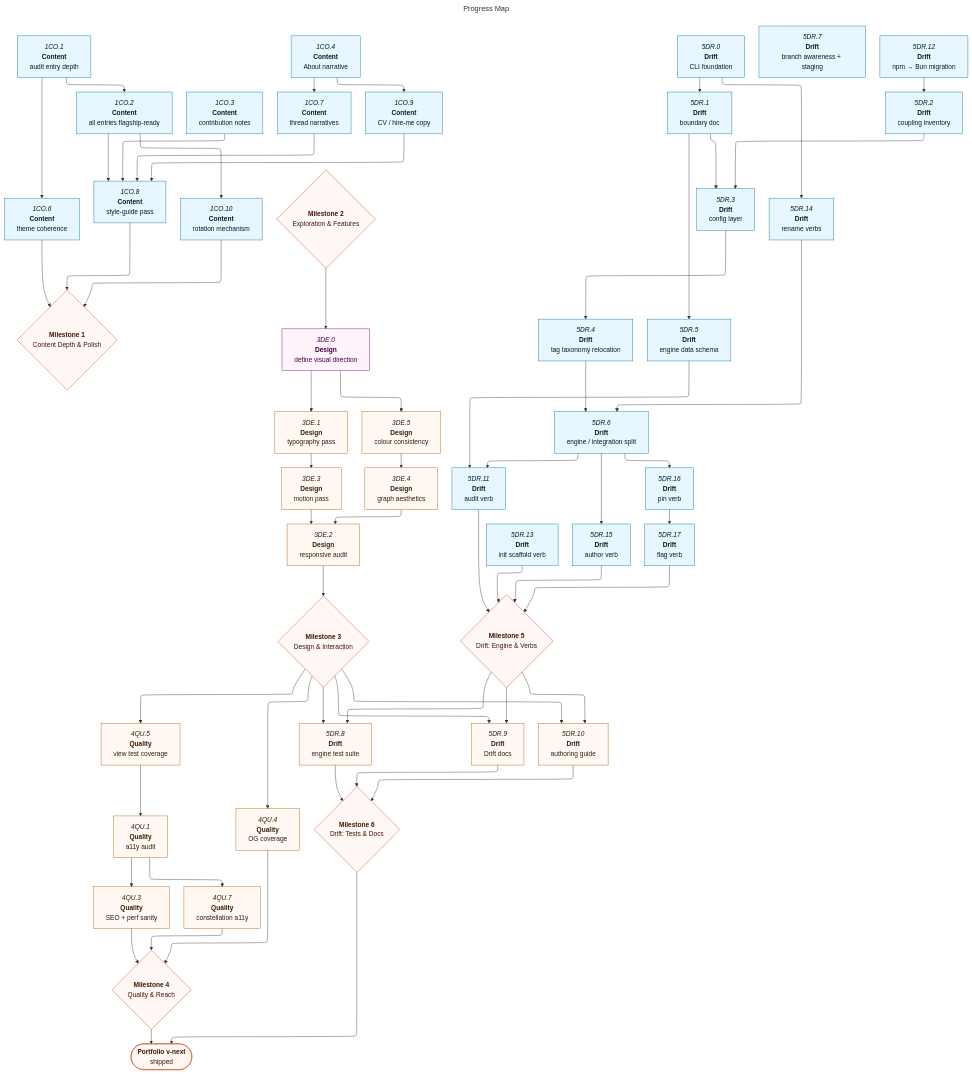
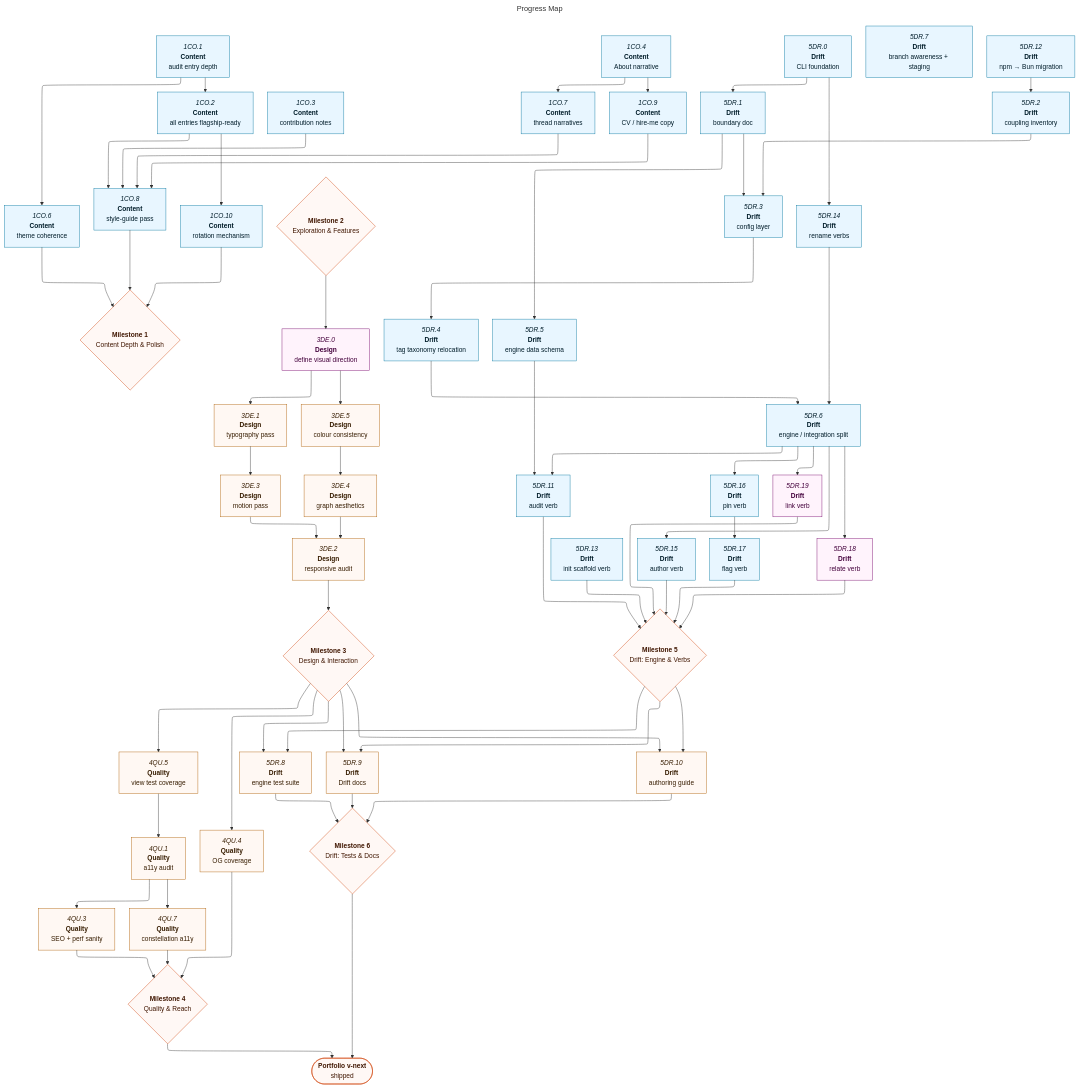
Before and after one commit to JasonWarrenUK/jason-warren: the diagram in docs/roadmaps/mvp.md, drawn with Mermaid. The commit also changed other lines of this file and 9 other files, not shown here.

```diff
--- a/docs/roadmaps/mvp.md
+++ b/docs/roadmaps/mvp.md
@@ -328,6 +329,8 @@
 	5DR.15["`*5DR.15*<br/>**Drift**<br/>author verb`"]:::done
 	5DR.16["`*5DR.16*<br/>**Drift**<br/>pin verb`"]:::done
 	5DR.17["`*5DR.17*<br/>**Drift**<br/>flag verb`"]:::done
+	5DR.18["`*5DR.18*<br/>**Drift**<br/>relate verb`"]:::open
+	5DR.19["`*5DR.19*<br/>**Drift**<br/>link verb`"]:::open
 
 	%% M5 — deps
 	5DR.0 --> 5DR.1
@@ -344,12 +347,16 @@
 	5DR.6 --> 5DR.16
 	5DR.16 --> 5DR.17
 	5DR.14 --> 5DR.6
+	5DR.6 --> 5DR.18
+	5DR.6 --> 5DR.19
 
 	%% M5 track completers → m5
 	5DR.11 --> m5
 	5DR.13 --> m5
 	5DR.15 --> m5
 	5DR.17 --> m5
+	5DR.18 --> m5
+	5DR.19 --> m5
 
 	%% M6 — inbound from M3 and M5
 	m3 --> 5DR.8
```
